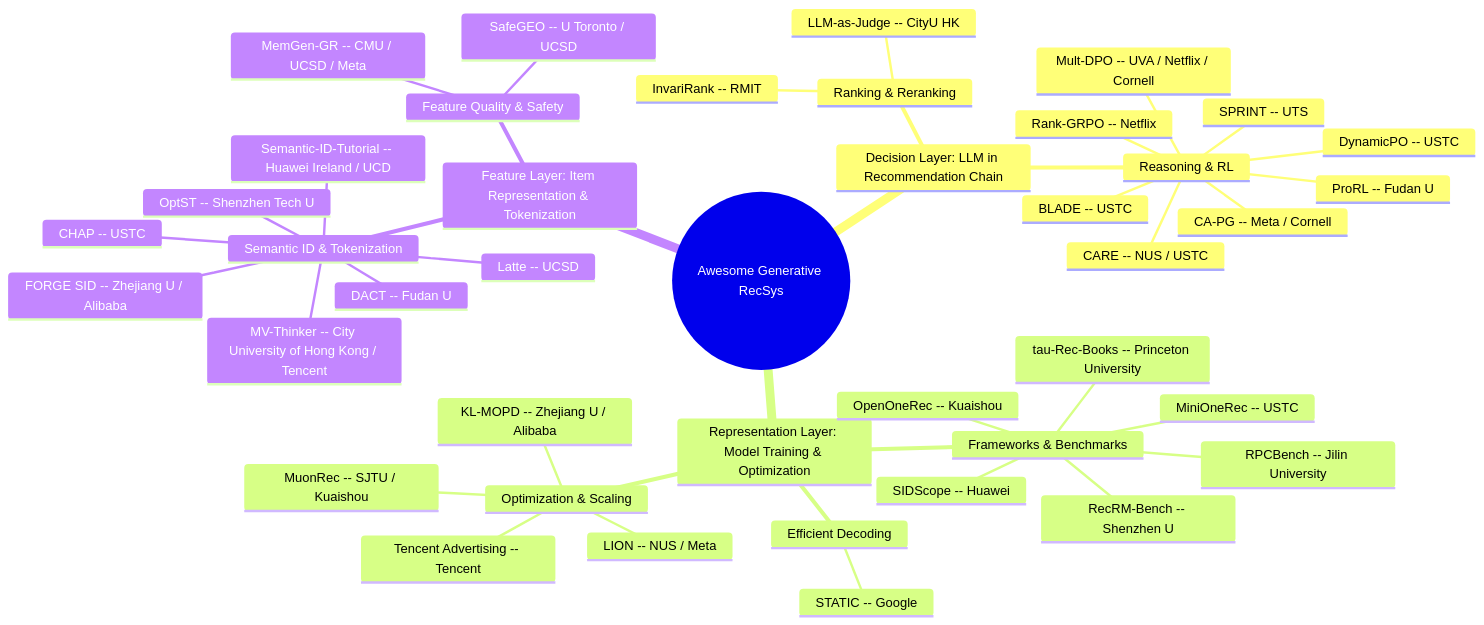
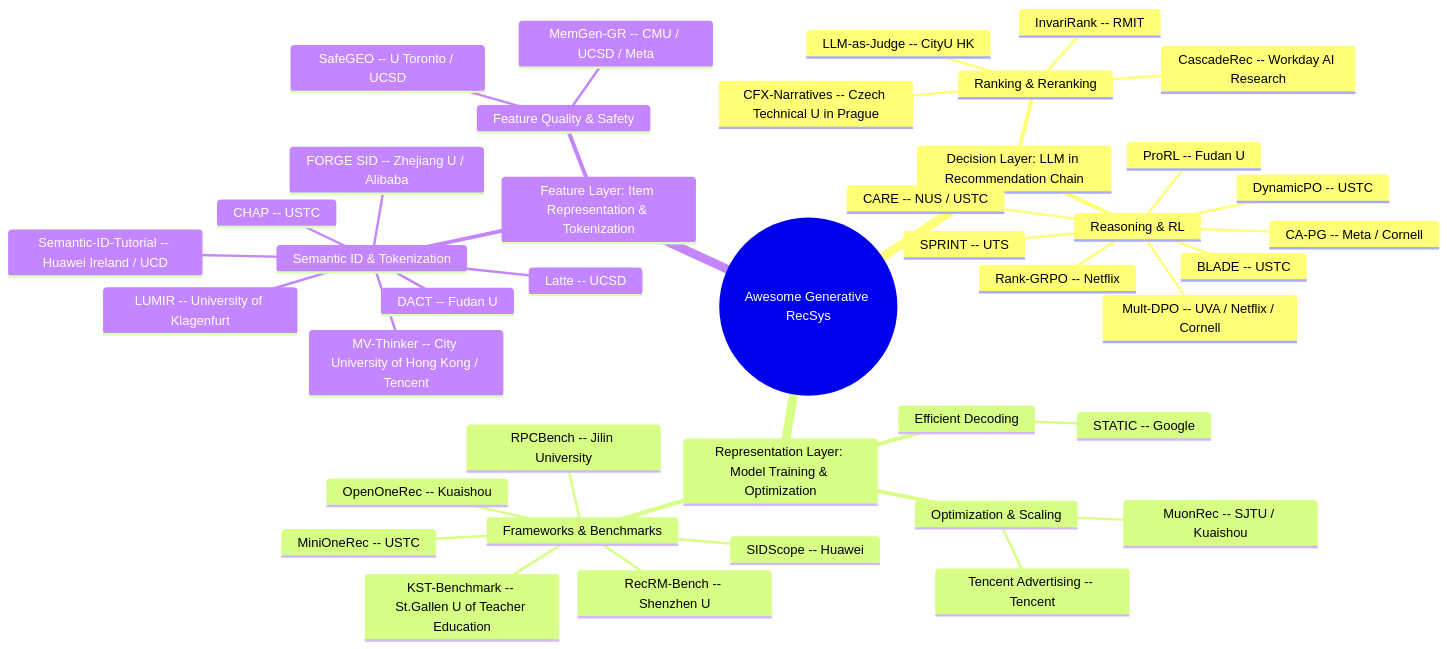
The diagram in README.md (HaFred/awesome-generative-recsys), drawn with Mermaid before and after one commit. The commit also changed other lines of this file and 3 other files, not shown here.

Commit message:
feat: 4 opensource releases headline 8 new gen-rec papers, from SHARP SIDs to CascadeRec's deployed LLM reranking

````diff
--- a/README.md
+++ b/README.md
@@ -30,44 +30,44 @@
 ```mermaid
 mindmap
   root((Awesome Generative RecSys))
     Decision Layer: LLM in Recommendation Chain
       Reasoning & RL
         Rank-GRPO -- Netflix
         DynamicPO -- USTC
         BLADE -- USTC
         SPRINT -- UTS
         CARE -- NUS / USTC
         Mult-DPO -- UVA / Netflix / Cornell
         CA-PG -- Meta / Cornell
         ProRL -- Fudan U
       Ranking & Reranking
         InvariRank -- RMIT
         LLM-as-Judge -- CityU HK
+        CFX-Narratives -- Czech Technical U in Prague
+        CascadeRec -- Workday AI Research
     Representation Layer: Model Training & Optimization
       Frameworks & Benchmarks
         MiniOneRec -- USTC
         OpenOneRec -- Kuaishou
         RecRM-Bench -- Shenzhen U
         SIDScope -- Huawei
         RPCBench -- Jilin University
-        tau-Rec-Books -- Princeton University
+        KST-Benchmark -- St.Gallen U of Teacher Education
       Efficient Decoding
         STATIC -- Google
       Optimization & Scaling
         MuonRec -- SJTU / Kuaishou
         Tencent Advertising -- Tencent
-        LION -- NUS / Meta
-        KL-MOPD -- Zhejiang U / Alibaba
     Feature Layer: Item Representation & Tokenization
       Semantic ID & Tokenization
         Latte -- UCSD
         FORGE SID -- Zhejiang U / Alibaba
         DACT -- Fudan U
         CHAP -- USTC
-        OptST -- Shenzhen Tech U
         MV-Thinker -- City University of Hong Kong / Tencent
         Semantic-ID-Tutorial -- Huawei Ireland / UCD
+        LUMIR -- University of Klagenfurt
       Feature Quality & Safety
         SafeGEO -- U Toronto / UCSD
         MemGen-GR -- CMU / UCSD / Meta
 ```
````
